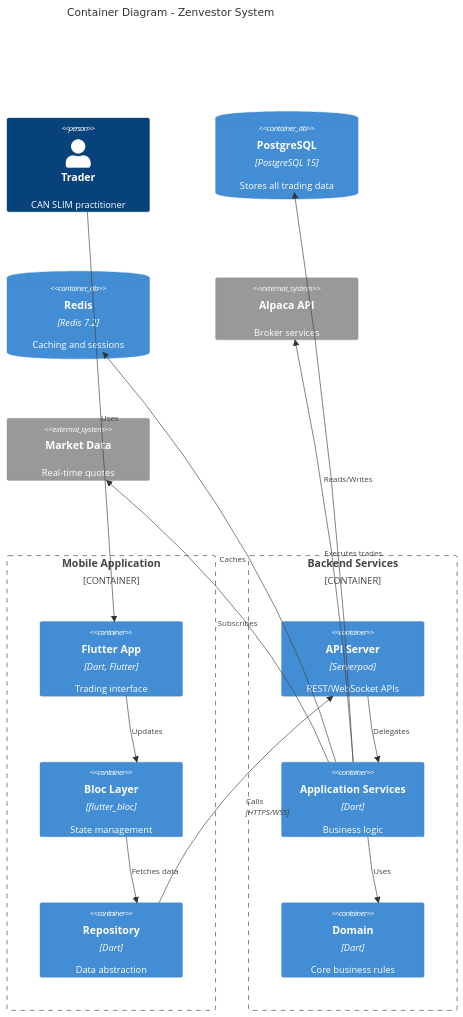
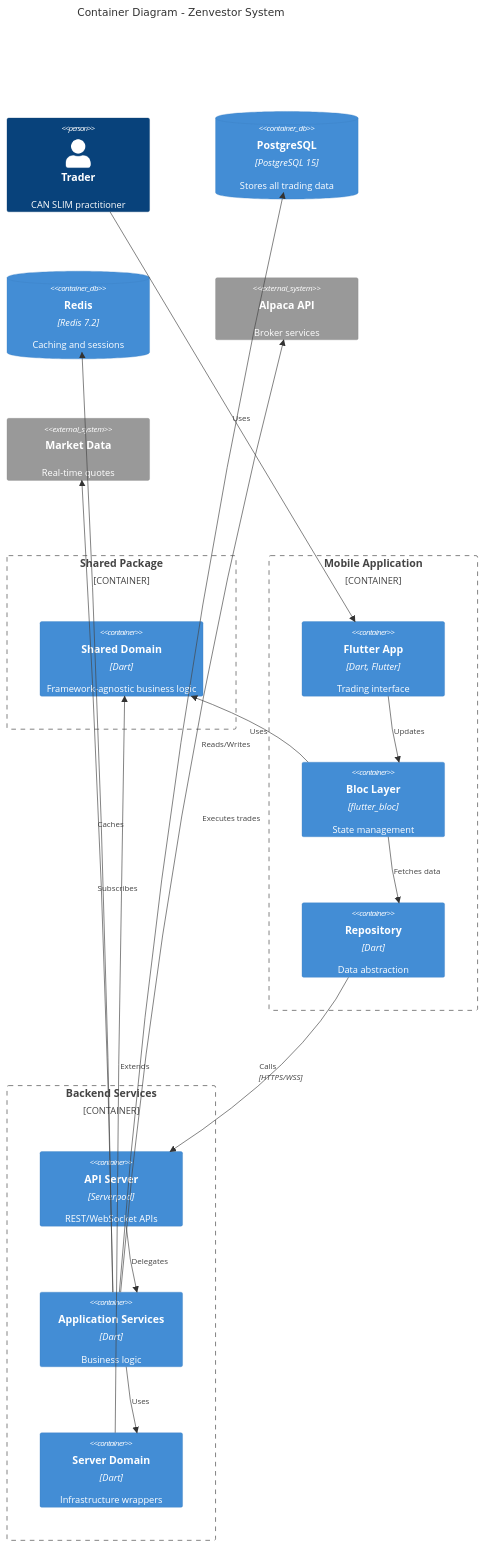
Before and after one commit to pentaxis93/zenvestor: the second of 3 diagrams in docs/core-documents/zenvestor-architecture.md, drawn with Mermaid. The commit also changed other lines of this file and 4 other files, not shown here.

Commit message:
docs(shared-domain): update all documentation for shared domain package usage

````diff
--- a/docs/core-documents/zenvestor-architecture.md
+++ b/docs/core-documents/zenvestor-architecture.md
@@ -333,35 +359,41 @@
 ```mermaid
 C4Container
     title Container Diagram - Zenvestor System
 
     Person(trader, "Trader", "CAN SLIM practitioner")
+    
+    Container_Boundary(shared, "Shared Package") {
+        Container(shared_domain, "Shared Domain", "Dart", "Framework-agnostic business logic")
+    }
     
     Container_Boundary(mobile, "Mobile Application") {
         Container(flutter_app, "Flutter App", "Dart, Flutter", "Trading interface")
         Container(bloc_layer, "Bloc Layer", "flutter_bloc", "State management")
         Container(repo_layer, "Repository", "Dart", "Data abstraction")
     }
     
     Container_Boundary(backend, "Backend Services") {
         Container(api, "API Server", "Serverpod", "REST/WebSocket APIs")
         Container(app_services, "Application Services", "Dart", "Business logic")
-        Container(domain, "Domain", "Dart", "Core business rules")
+        Container(server_domain, "Server Domain", "Dart", "Infrastructure wrappers")
     }
     
     ContainerDb(postgres, "PostgreSQL", "PostgreSQL 15", "Stores all trading data")
     ContainerDb(redis, "Redis", "Redis 7.2", "Caching and sessions")
     
     System_Ext(alpaca, "Alpaca API", "Broker services")
     System_Ext(market_data, "Market Data", "Real-time quotes")
     
     Rel(trader, flutter_app, "Uses")
     Rel(flutter_app, bloc_layer, "Updates")
     Rel(bloc_layer, repo_layer, "Fetches data")
+    Rel(bloc_layer, shared_domain, "Uses")
     Rel(repo_layer, api, "Calls", "HTTPS/WSS")
     Rel(api, app_services, "Delegates")
-    Rel(app_services, domain, "Uses")
+    Rel(app_services, server_domain, "Uses")
+    Rel(server_domain, shared_domain, "Extends")
     Rel(app_services, postgres, "Reads/Writes")
     Rel(app_services, redis, "Caches")
     Rel(app_services, alpaca, "Executes trades")
     Rel(app_services, market_data, "Subscribes")
 ```
````
